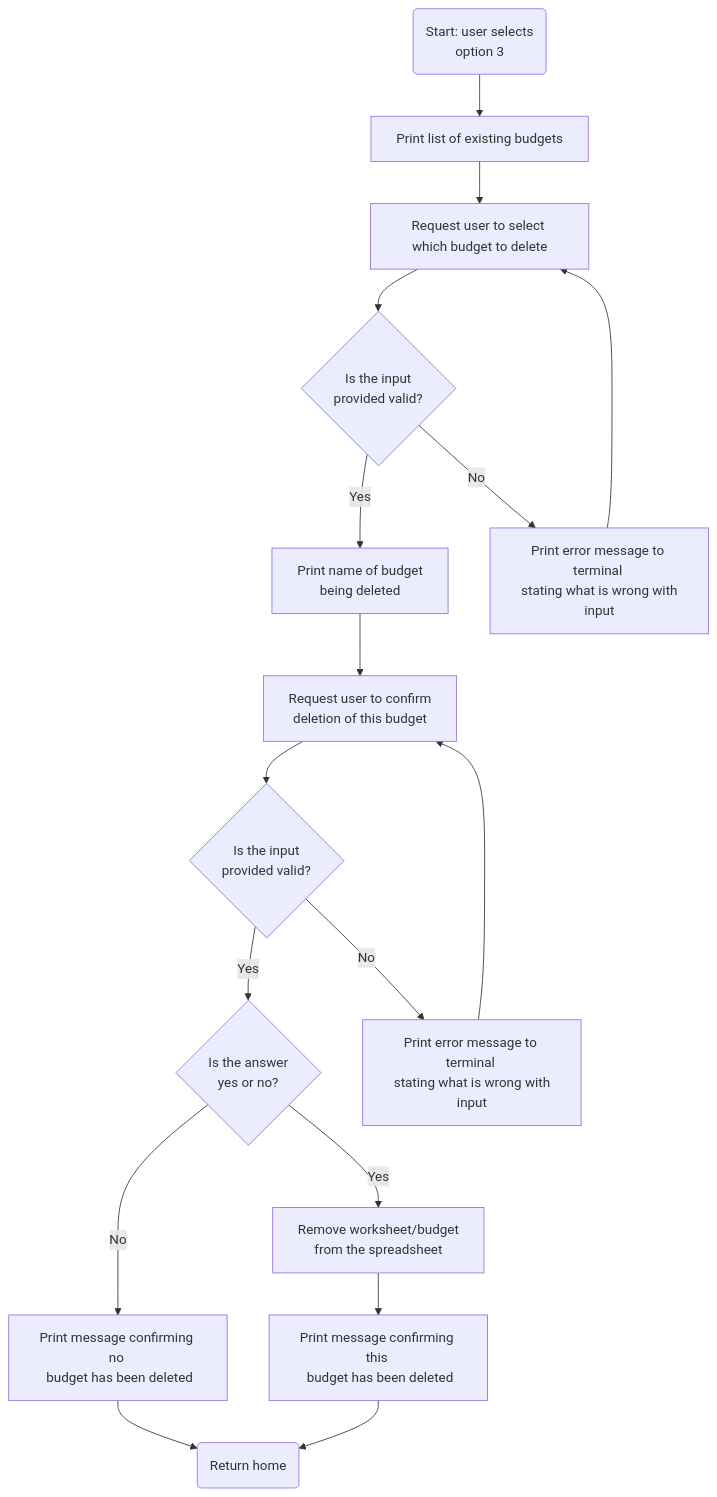
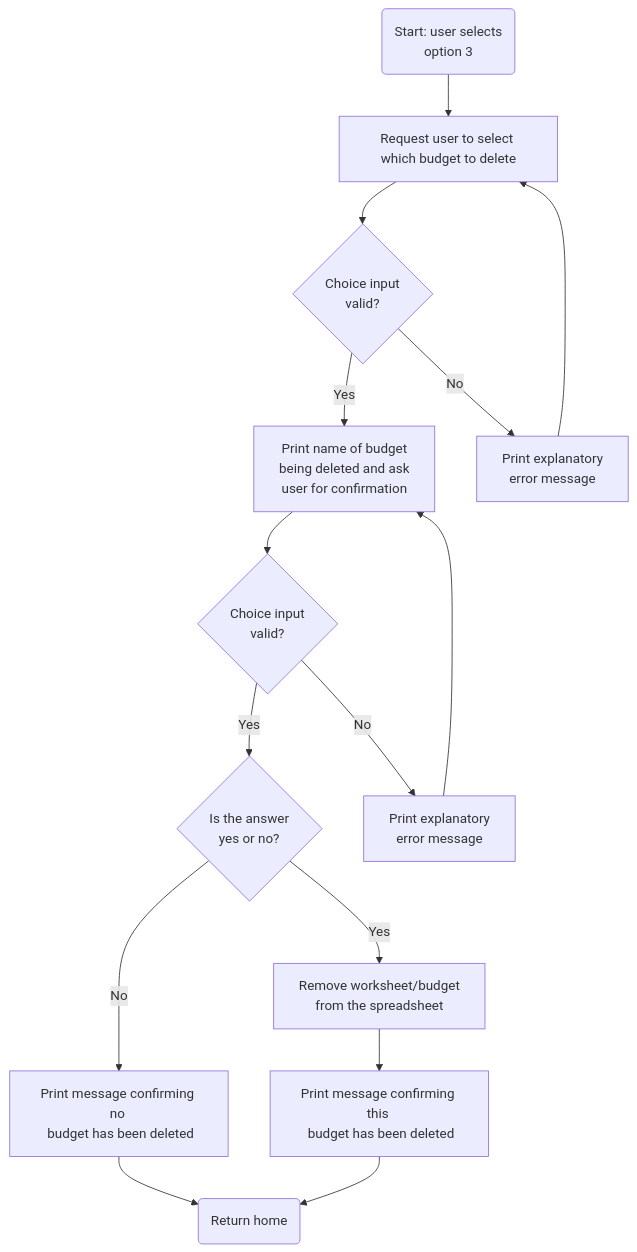
The fourth of 8 diagrams in README.md (EvitaKnits/Cashflow-Companion), drawn with Mermaid before and after one commit. The commit also changed other lines of this file and 1 other file, not shown here.

````diff
--- a/README.md
+++ b/README.md
@@ -188,19 +245,17 @@
 ```mermaid
 flowchart TD
-    A(Start: user selects \n option 3) --> A1[Print list of existing budgets]
-    A1 --> B[Request user to select which budget to delete]
-    B --> C{Is the input \n provided valid?}
-    C -->|Yes| E[Print name of budget \n being deleted]
-    C -->|No| D[Print error message to terminal \n stating what is wrong with input]
+    A(Start: user selects \n option 3) --> B[Request user to select which budget to delete]
+    B --> C{Choice input\n valid?}
+    C -->|Yes| E[Print name of budget \n being deleted and ask \n user for confirmation]
+    C -->|No| D[Print explanatory\n error message]
     D -->B
-    E -->F[Request user to confirm \n deletion of this budget]
-    F --> G{Is the input \n provided valid?}
+    E -->G{Choice input\n valid?}
     G -->|Yes| I{Is the answer \n yes or no?}
-    G -->|No| H[Print error message to terminal \n stating what is wrong with input]
-    H --> F
+    G -->|No| H[Print explanatory\n error message]
+    H -->E
     I -->|Yes| J[Remove worksheet/budget \n from the spreadsheet]
     I --> |No| K[Print message confirming no \n budget has been deleted]
     K -->M
     J --> L[Print message confirming this \n budget has been deleted]
     L --> M(Return home)
 ```
````
